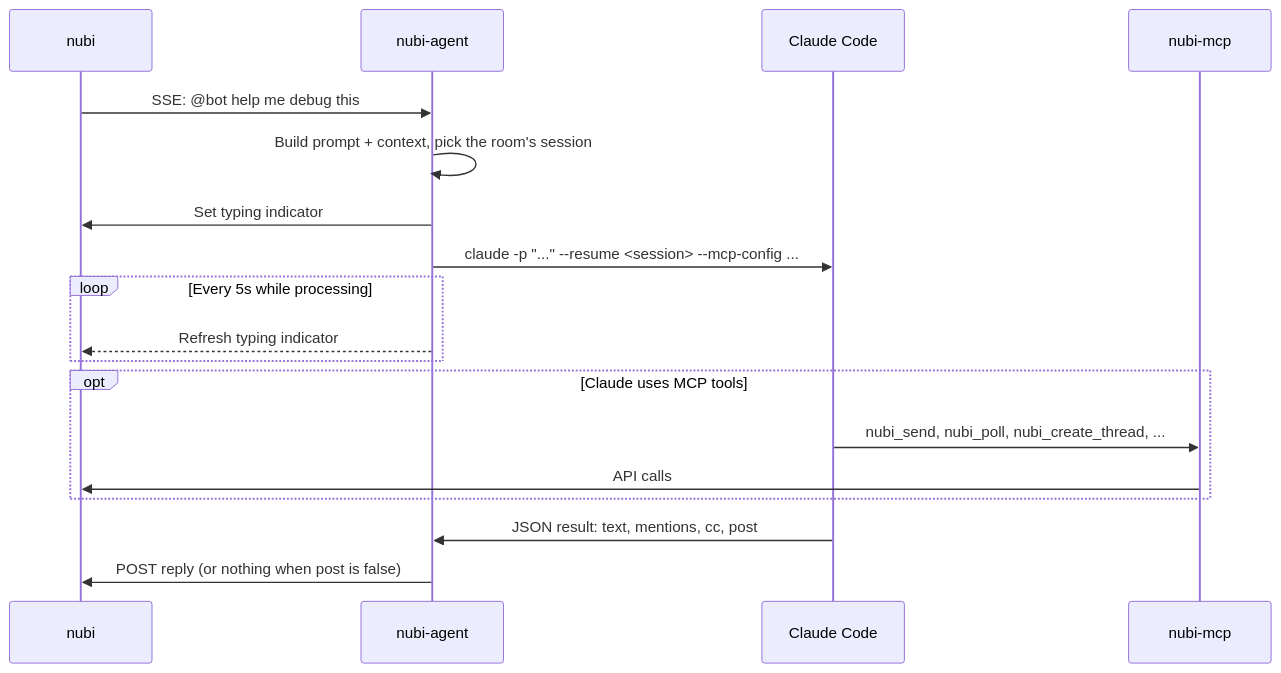
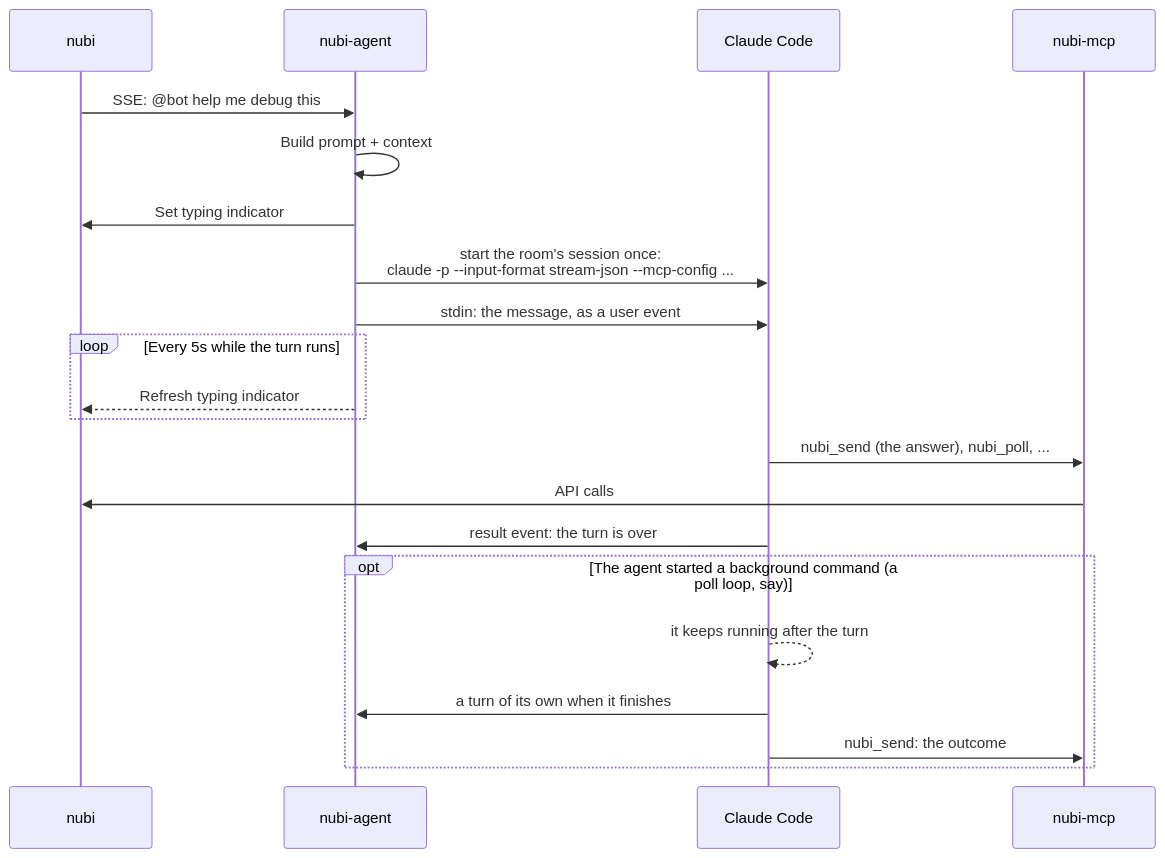
Before and after one commit to aprdos/nubi-agent: the diagram in README.md, drawn with Mermaid. The commit also changed other lines of this file and 2 other files, not shown here.

Commit message:
test: the quick start's fake claude speaks the live protocol; README diagram shows it
With live sessions the default, the fake claude in tests/quickstart.rs
has to read the message from stdin, echo it, answer with nubi_send and
print a result, or the session ends before the turn. It still answers a
one-off run the old way. rustfmt on the new flag, and the README
sequence diagram now draws the live session as the primary path, with
the per-message run as the --no-live-sessions alternative.

````diff
--- a/README.md
+++ b/README.md
@@ -226,24 +226,27 @@
 ```mermaid
 sequenceDiagram
     participant N as nubi
     participant A as nubi-agent
     participant C as Claude Code
     participant M as nubi-mcp
 
     N->>A: SSE: @bot help me debug this
-    A->>A: Build prompt + context, pick the room's session
+    A->>A: Build prompt + context
     A->>N: Set typing indicator
-    A->>C: claude -p "..." --resume <session> --mcp-config ...
+    A->>C: start the room's session once:<br/>claude -p --input-format stream-json --mcp-config ...
+    A->>C: stdin: the message, as a user event
 
-    loop Every 5s while processing
+    loop Every 5s while the turn runs
         A-->>N: Refresh typing indicator
     end
 
-    opt Claude uses MCP tools
-        C->>M: nubi_send, nubi_poll, nubi_create_thread, ...
-        M->>N: API calls
+    C->>M: nubi_send (the answer), nubi_poll, ...
+    M->>N: API calls
+    C->>A: result event: the turn is over
+
+    opt The agent started a background command (a poll loop, say)
+        C-->>C: it keeps running after the turn
+        C->>A: a turn of its own when it finishes
+        C->>M: nubi_send: the outcome
     end
-
-    C->>A: JSON result: text, mentions, cc, post
-    A->>N: POST reply (or nothing when post is false)
 ```
````
